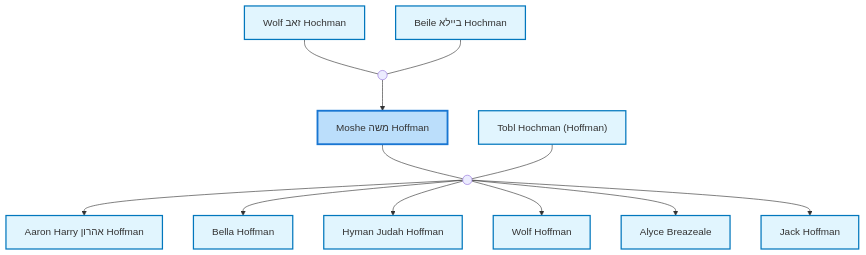
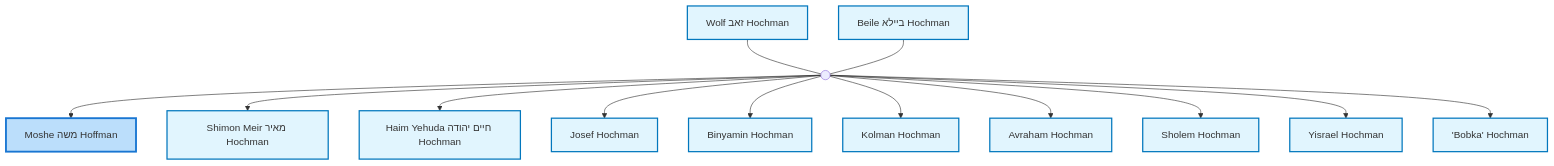
One commit to moshehoff/FamilyHistory changed the first of 3 diagrams in site/content/profiles/Moshe משה Hoffman.md. Above: the diagram before and after it, drawn with Mermaid. The commit also changed 244 other files, not shown here.

Commit message:
Change Nuclear Family diagram to show parents and siblings, update site title to 'Hoffman Family History', revert diagram zoom to simple scaling

````diff
--- a/site/content/profiles/Moshe משה Hoffman.md
+++ b/site/content/profiles/Moshe משה Hoffman.md
@@ -22,49 +22,55 @@
 ```mermaid
 flowchart TD
 classDef person fill:#e1f5fe,stroke:#0277bd,stroke-width:2px;
 classDef internal-link fill:#e1f5fe,stroke:#0277bd,stroke-width:2px;
 classDef current fill:#bbdefb,stroke:#1976d2,stroke-width:3px;
 idI11052340["Moshe משה Hoffman"]
 class idI11052340 current
 click idI11052340 "../profiles/Moshe-%D7%9E%D7%A9%D7%94-Hoffman" "Moshe משה Hoffman"
 idI11032885["Wolf זאב Hochman"]
 class idI11032885 internal-link
 click idI11032885 "../profiles/Wolf-%D7%96%D7%90%D7%91-Hochman" "Wolf זאב Hochman"
 idI11032895["Beile ביילא Hochman"]
 class idI11032895 internal-link
 click idI11032895 "../profiles/Beile-%D7%91%D7%99%D7%99%D7%9C%D7%90-Hochman" "Beile ביילא Hochman"
 marriage_idF3770106((" "))
 idI11032885 --- marriage_idF3770106
 idI11032895 --- marriage_idF3770106
 marriage_idF3770106 --> idI11052340
-idI38735986["Tobl Hochman (Hoffman)"]
-class idI38735986 internal-link
-click idI38735986 "../profiles/Tobl-Hochman-%28Hoffman%29" "Tobl Hochman (Hoffman)"
-marriage_idF3776794((" "))
-idI11052340 --- marriage_idF3776794
-idI38735986 --- marriage_idF3776794
-idI38736184["Aaron Harry אהרון Hoffman"]
-class idI38736184 internal-link
-click idI38736184 "../profiles/Aaron-Harry-%D7%90%D7%94%D7%A8%D7%95%D7%9F-Hoffman" "Aaron Harry אהרון Hoffman"
-marriage_idF3776794 --> idI38736184
-idI38736293["Bella Hoffman"]
-class idI38736293 internal-link
-click idI38736293 "../profiles/Bella-Hoffman" "Bella Hoffman"
-marriage_idF3776794 --> idI38736293
-idI11052350["Hyman Judah Hoffman"]
-class idI11052350 internal-link
-click idI11052350 "../profiles/Hyman-Judah-Hoffman" "Hyman Judah Hoffman"
-marriage_idF3776794 --> idI11052350
-idI7293825["Wolf Hoffman"]
-class idI7293825 internal-link
-click idI7293825 "../profiles/Wolf-Hoffman" "Wolf Hoffman"
-marriage_idF3776794 --> idI7293825
-idI61277011["Alyce Breazeale"]
-class idI61277011 internal-link
-click idI61277011 "../profiles/Alyce-Breazeale" "Alyce Breazeale"
-marriage_idF3776794 --> idI61277011
-idI38736559["Jack Hoffman"]
-class idI38736559 internal-link
-click idI38736559 "../profiles/Jack-Hoffman" "Jack Hoffman"
-marriage_idF3776794 --> idI38736559
+idI11060285["Shimon Meir מאיר Hochman"]
+class idI11060285 internal-link
+click idI11060285 "../profiles/Shimon-Meir-%D7%9E%D7%90%D7%99%D7%A8-Hochman" "Shimon Meir מאיר Hochman"
+marriage_idF3770106 --> idI11060285
+idI11032861["Haim Yehuda חיים יהודה Hochman"]
+class idI11032861 internal-link
+click idI11032861 "../profiles/Haim-Yehuda-%D7%97%D7%99%D7%99%D7%9D-%D7%99%D7%94%D7%95%D7%93%D7%94-Hochman" "Haim Yehuda חיים יהודה Hochman"
+marriage_idF3770106 --> idI11032861
+idI38740193["Josef Hochman"]
+class idI38740193 internal-link
+click idI38740193 "../profiles/Josef-Hochman" "Josef Hochman"
+marriage_idF3770106 --> idI38740193
+idI39114997["Binyamin Hochman"]
+class idI39114997 internal-link
+click idI39114997 "../profiles/Binyamin-Hochman" "Binyamin Hochman"
+marriage_idF3770106 --> idI39114997
+idI39115025["Kolman Hochman"]
+class idI39115025 internal-link
+click idI39115025 "../profiles/Kolman-Hochman" "Kolman Hochman"
+marriage_idF3770106 --> idI39115025
+idI39114938["Avraham Hochman"]
+class idI39114938 internal-link
+click idI39114938 "../profiles/Avraham-Hochman" "Avraham Hochman"
+marriage_idF3770106 --> idI39114938
+idI39114787["Sholem Hochman"]
+class idI39114787 internal-link
+click idI39114787 "../profiles/Sholem-Hochman" "Sholem Hochman"
+marriage_idF3770106 --> idI39114787
+idI39114550["Yisrael Hochman"]
+class idI39114550 internal-link
+click idI39114550 "../profiles/Yisrael-Hochman" "Yisrael Hochman"
+marriage_idF3770106 --> idI39114550
+idI39114448["'Bobka' Hochman"]
+class idI39114448 internal-link
+click idI39114448 "../profiles/%27Bobka%27-Hochman" "'Bobka' Hochman"
+marriage_idF3770106 --> idI39114448
 ```
````
